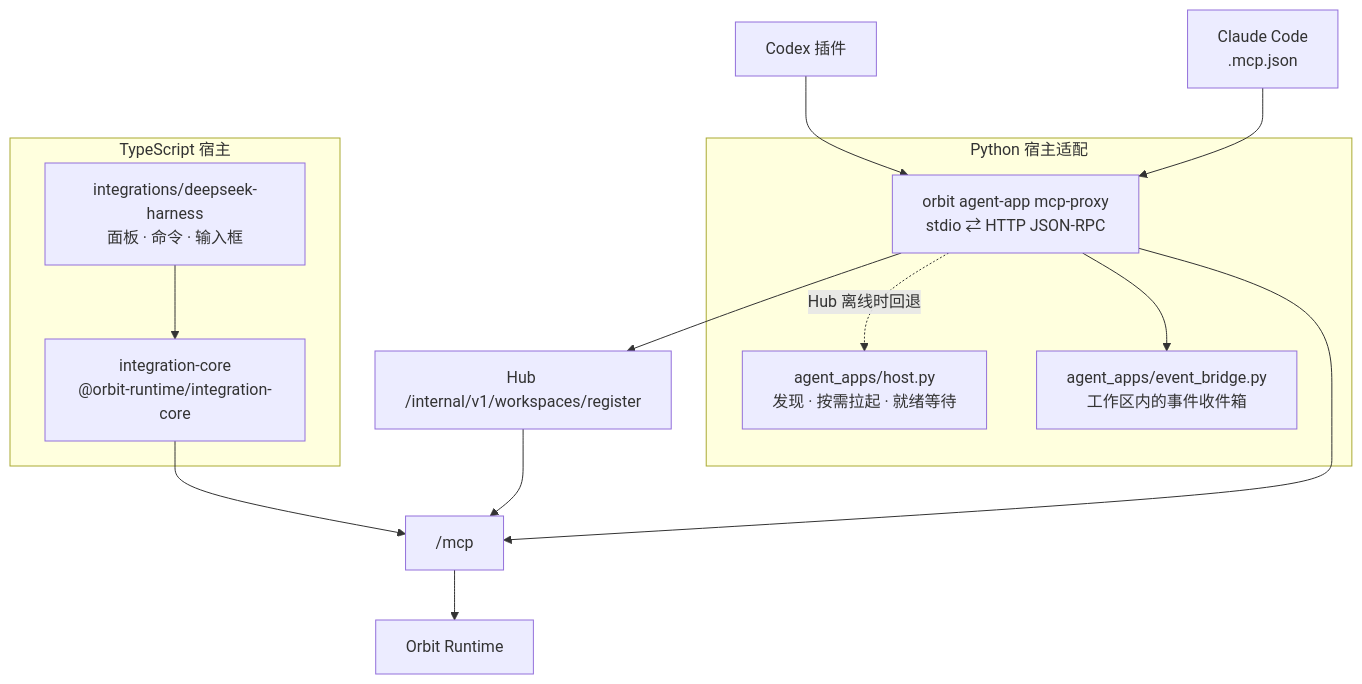
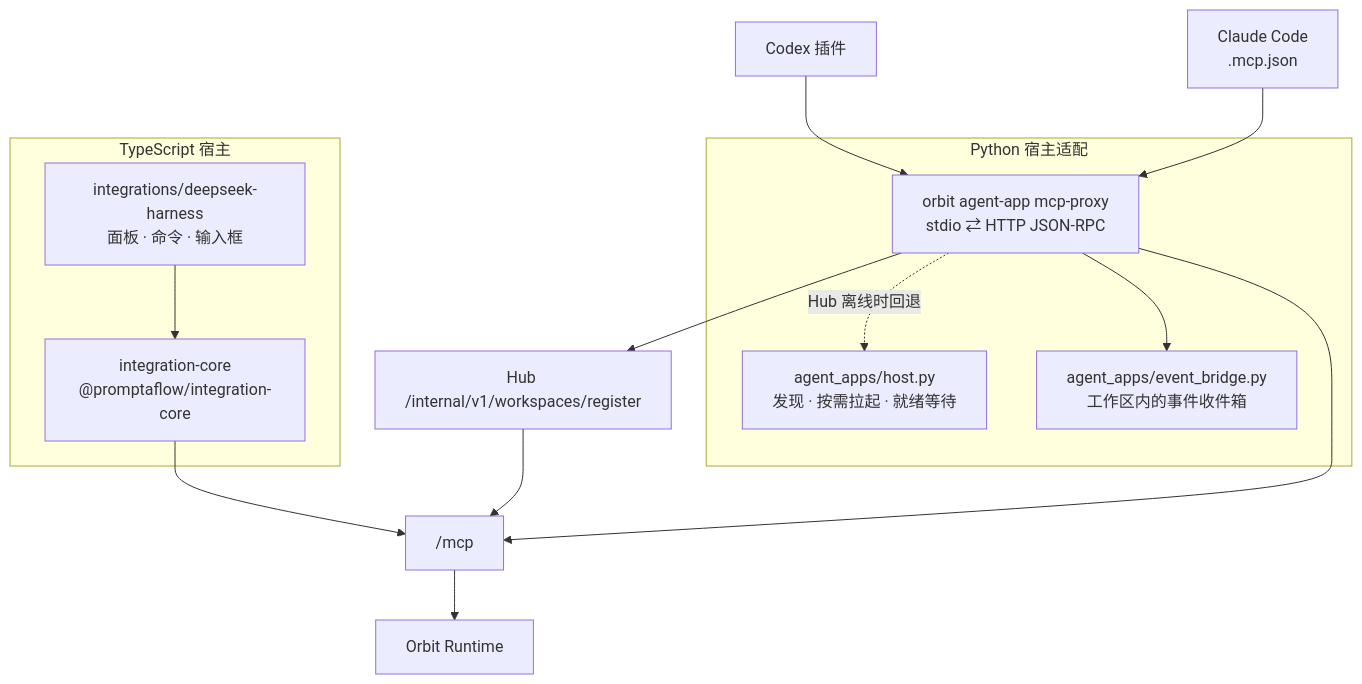
The sixth of 6 diagrams in docs/architecture.md (TNJ2026/orbit-runtime), drawn with Mermaid before and after one commit. The commit also changed 49 other files, not shown here.

````diff
--- a/docs/architecture.md
+++ b/docs/architecture.md
@@ -387,24 +387,24 @@
 ```mermaid
 flowchart TB
     subgraph ts["TypeScript 宿主"]
         DSH["integrations/deepseek-harness<br/>面板 · 命令 · 输入框"]
-        IC["integration-core<br/>@orbit-runtime/integration-core"]
+        IC["integration-core<br/>@promptaflow/integration-core"]
         DSH --> IC
     end
 
     subgraph py["Python 宿主适配"]
         PROXY["orbit agent-app mcp-proxy<br/>stdio ⇄ HTTP JSON-RPC"]
         HOSTM["agent_apps/host.py<br/>发现 · 按需拉起 · 就绪等待"]
         EB["agent_apps/event_bridge.py<br/>工作区内的事件收件箱"]
         PROXY -. Hub 离线时回退 .-> HOSTM
         PROXY --> EB
     end
 
     CODEX["Codex 插件"] --> PROXY
     CLAUDE["Claude Code<br/>.mcp.json"] --> PROXY
     IC --> HTTP["/mcp"]
     PROXY --> REGISTER["Hub /internal/v1/workspaces/register"]
     REGISTER --> HTTP
     PROXY --> HTTP
     HTTP --> RT["Orbit Runtime"]
 ```
````
